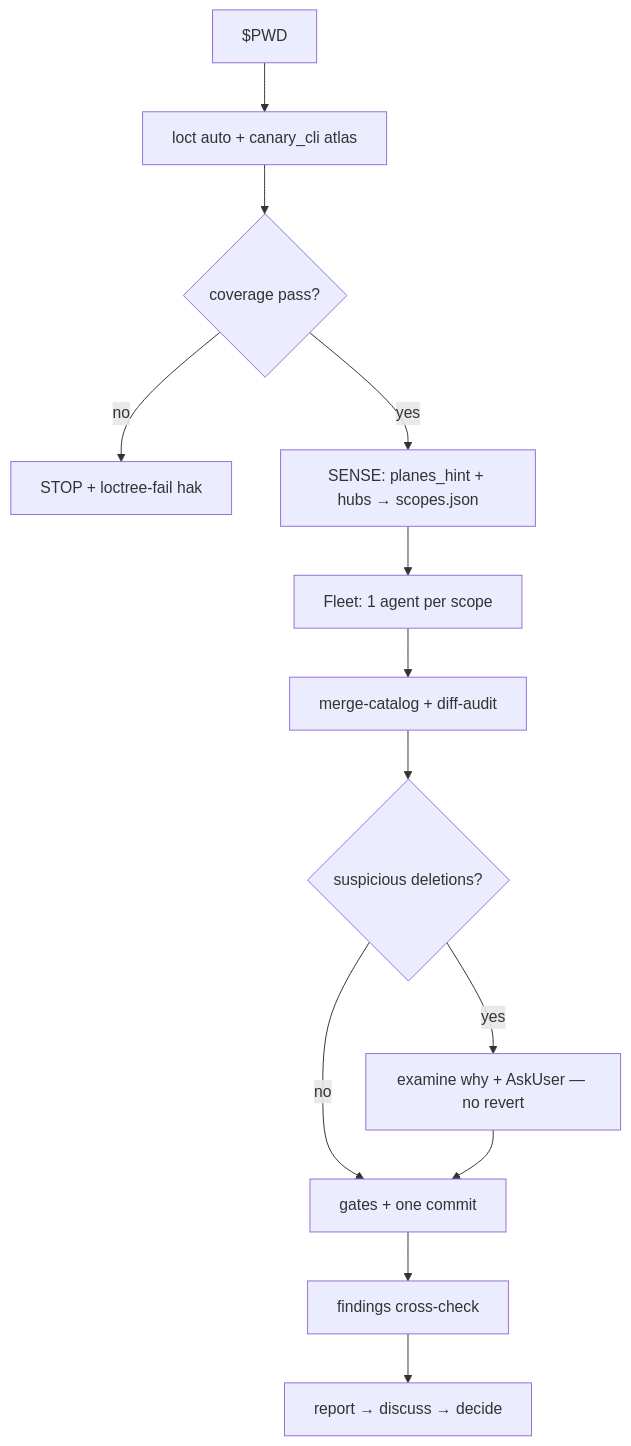
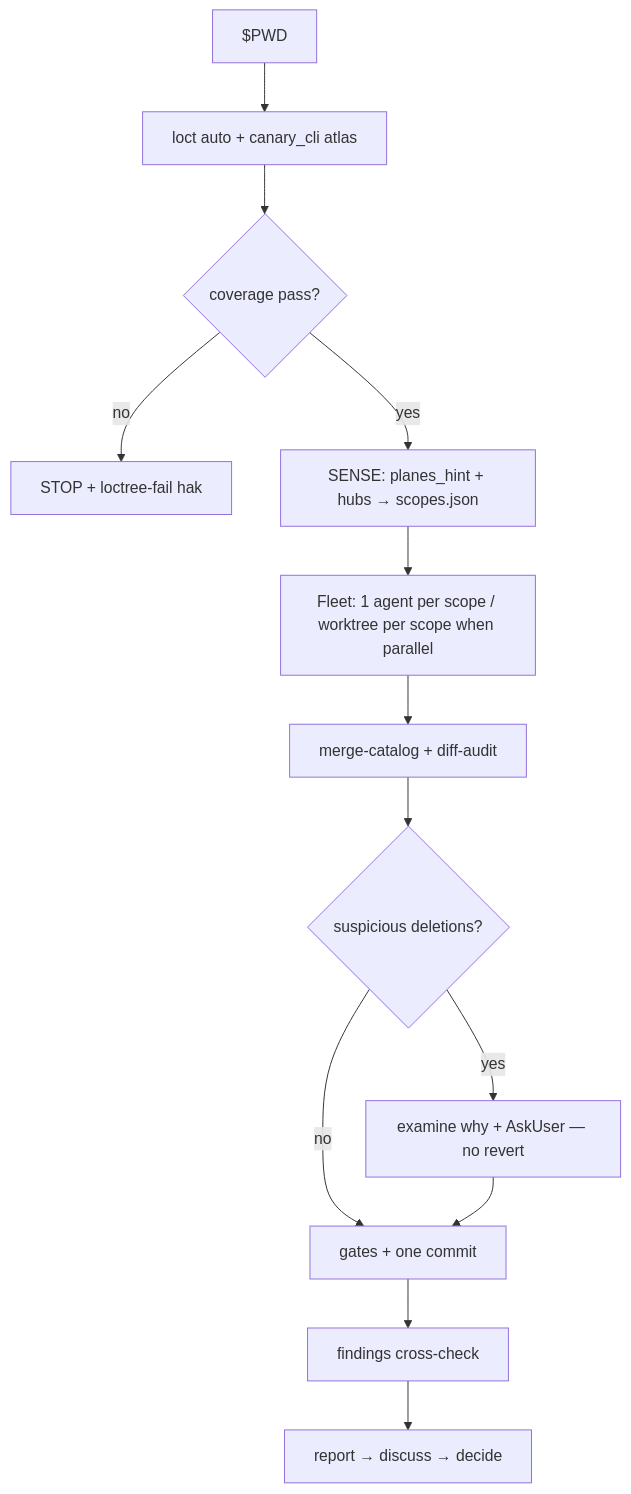
Before and after one commit to VetCoders/vibecrafted: the diagram in vibecrafted-core/vibecrafted_core/skills/vc-canary/FLOW.md, drawn with Mermaid. The commit also changed 4 other files, not shown here.

````diff
--- a/vibecrafted-core/vibecrafted_core/skills/vc-canary/FLOW.md
+++ b/vibecrafted-core/vibecrafted_core/skills/vc-canary/FLOW.md
@@ -3,15 +3,15 @@
 ```mermaid
 flowchart TD
   A[$PWD] --> B[loct auto + canary_cli atlas]
   B --> C{coverage pass?}
   C -->|no| D[STOP + loctree-fail hak]
   C -->|yes| E[SENSE: planes_hint + hubs → scopes.json]
-  E --> F[Fleet: 1 agent per scope]
+  E --> F[Fleet: 1 agent per scope / worktree per scope when parallel]
   F --> G[merge-catalog + diff-audit]
   G --> H{suspicious deletions?}
   H -->|yes| I[examine why + AskUser — no revert]
   H -->|no| J[gates + one commit]
   I --> J
   J --> K[findings cross-check]
   K --> L[report → discuss → decide]
 ```
````
